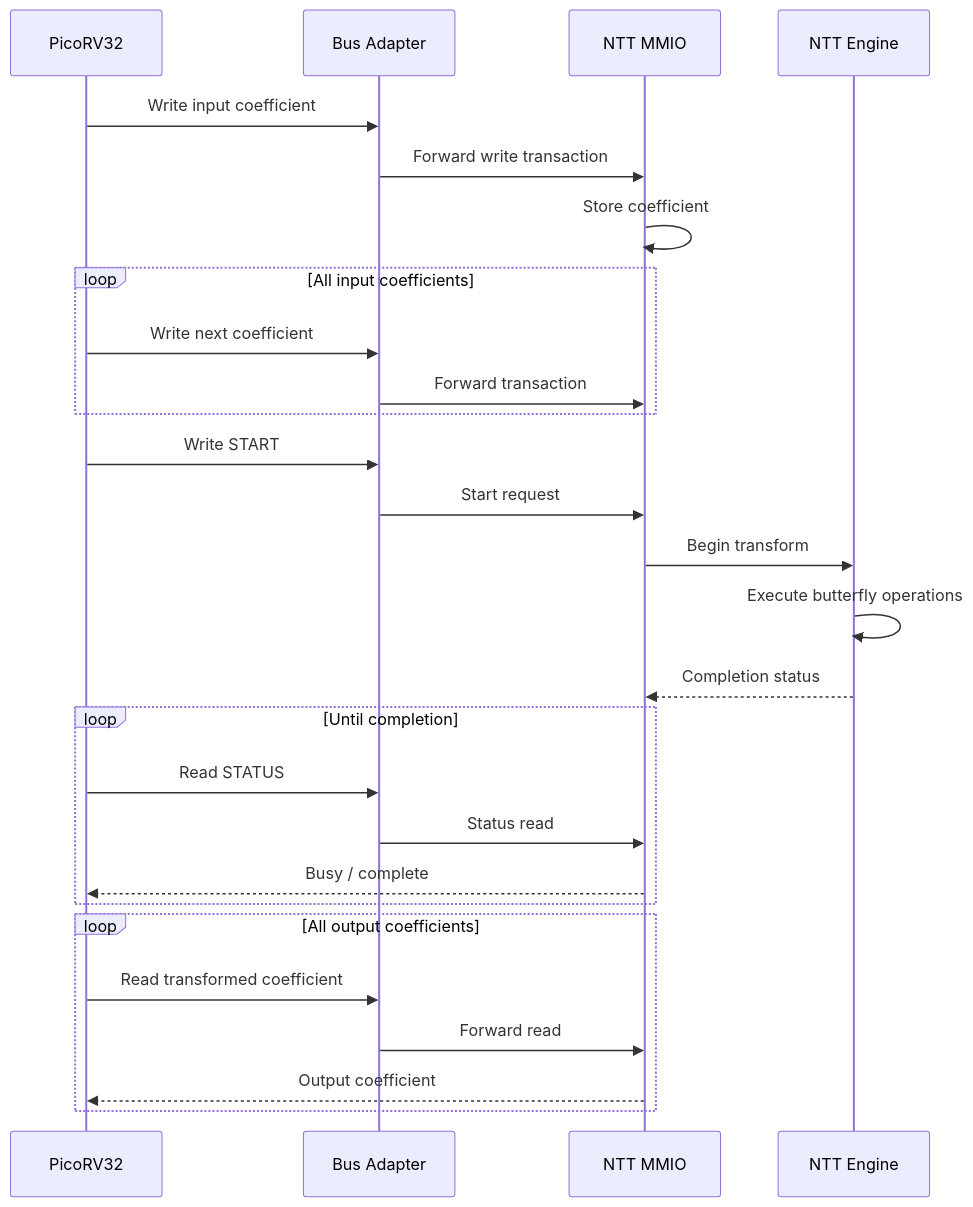
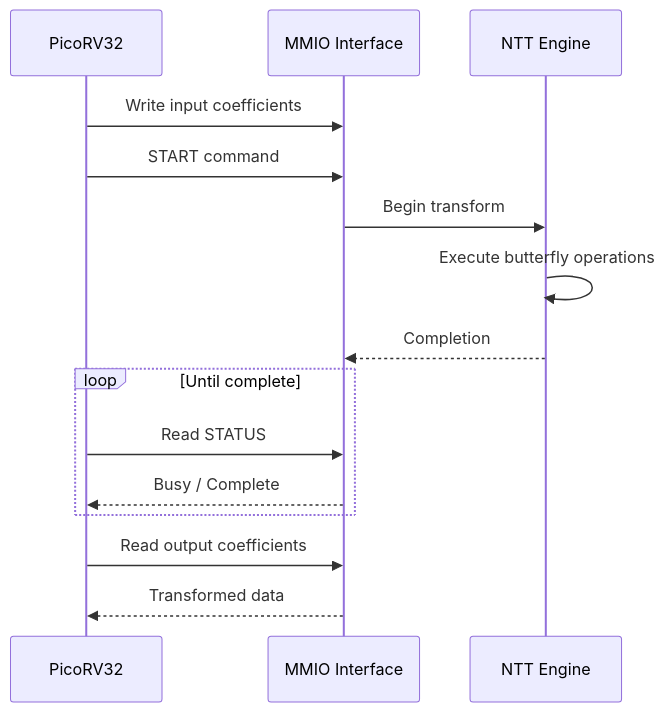
One commit to Harshima-Joshi15/riscv-ntt-accelerator changed the fourth of 5 diagrams in README.md. Above: the diagram before and after it, drawn with Mermaid. The commit also changed other lines of this file, not shown here.

````diff
--- a/README.md
+++ b/README.md
@@ -259,35 +176,18 @@
 ```mermaid
 sequenceDiagram
     participant CPU as PicoRV32
-    participant BUS as Bus Adapter
-    participant MMIO as NTT MMIO
+    participant MMIO as MMIO Interface
     participant NTT as NTT Engine
 
-    CPU->>BUS: Write input coefficient
-    BUS->>MMIO: Forward write transaction
-    MMIO->>MMIO: Store coefficient
-
-    loop All input coefficients
-        CPU->>BUS: Write next coefficient
-        BUS->>MMIO: Forward transaction
+    CPU->>MMIO: Write input coefficients
+    CPU->>MMIO: START command
+    MMIO->>NTT: Begin transform
+    NTT->>NTT: Execute butterfly operations
+    NTT-->>MMIO: Completion
+    loop Until complete
+        CPU->>MMIO: Read STATUS
+        MMIO-->>CPU: Busy / Complete
     end
-
-    CPU->>BUS: Write START
-    BUS->>MMIO: Start request
-    MMIO->>NTT: Begin transform
-
-    NTT->>NTT: Execute butterfly operations
-    NTT-->>MMIO: Completion status
-
-    loop Until completion
-        CPU->>BUS: Read STATUS
-        BUS->>MMIO: Status read
-        MMIO-->>CPU: Busy / complete
-    end
-
-    loop All output coefficients
-        CPU->>BUS: Read transformed coefficient
-        BUS->>MMIO: Forward read
-        MMIO-->>CPU: Output coefficient
-    end
+    CPU->>MMIO: Read output coefficients
+    MMIO-->>CPU: Transformed data
 ```
````
